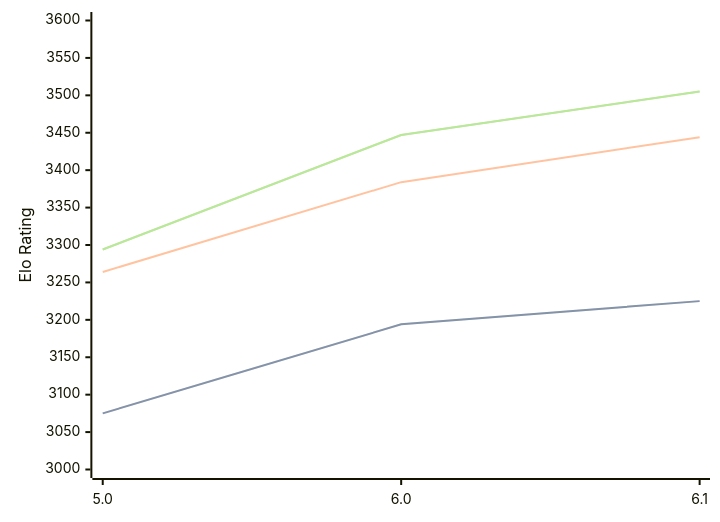
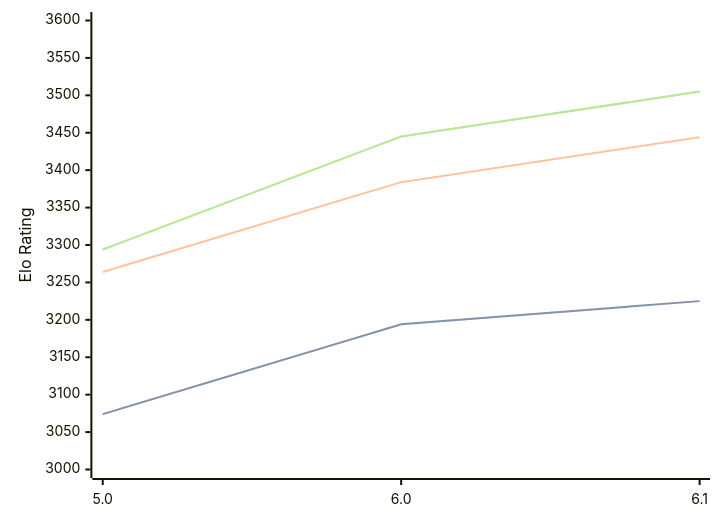
One commit to computer-chess-index/cci changed the diagram in engines/PZChessBot.md. Above: the diagram before and after it, drawn with Mermaid. The commit also changed other lines of this file, not shown here.

Commit message:
Update CCI Ratings (ELO VLTC) - 2026-04-08

````diff
--- a/engines/PZChessBot.md
+++ b/engines/PZChessBot.md
@@ -42,11 +42,11 @@
 ```mermaid
 %%{init: {"theme":"base","themeVariables":{"seriesColors:['#a3a3a3','#222221','#faa371']}}}%%
 xychart-beta
   x-axis ["5.0", "6.0", "6.1"]
   y-axis "Elo Rating" 3000 --> 3600
-  line "STC (8.0+0.08s)" [3075, 3194, 3225]
-  line "STC (8.0+0.08s)" [3075, 3194, 3225]
+  line "STC (8.0+0.08s)" [3074, 3194, 3225]
+  line "STC (8.0+0.08s)" [3074, 3194, 3225]
   line "LTC (60.0+0.60s)" [3264, 3384, 3444]
-  line "VLTC (2m24s+1.12s)" [3294, 3447, 3505]
-  line "VLTC (2m24s+1.12s)" [3294, 3447, 3505]
+  line "VLTC (2m24s+1.12s)" [3294, 3445, 3505]
+  line "VLTC (2m24s+1.12s)" [3294, 3445, 3505]
 ```
````
